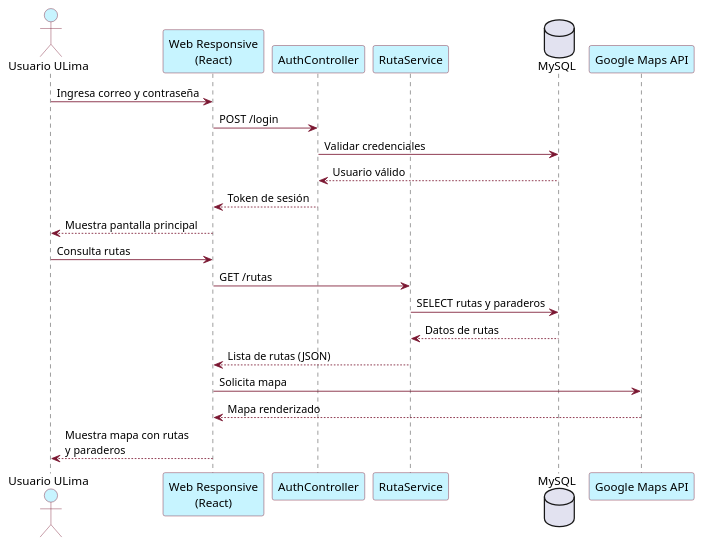
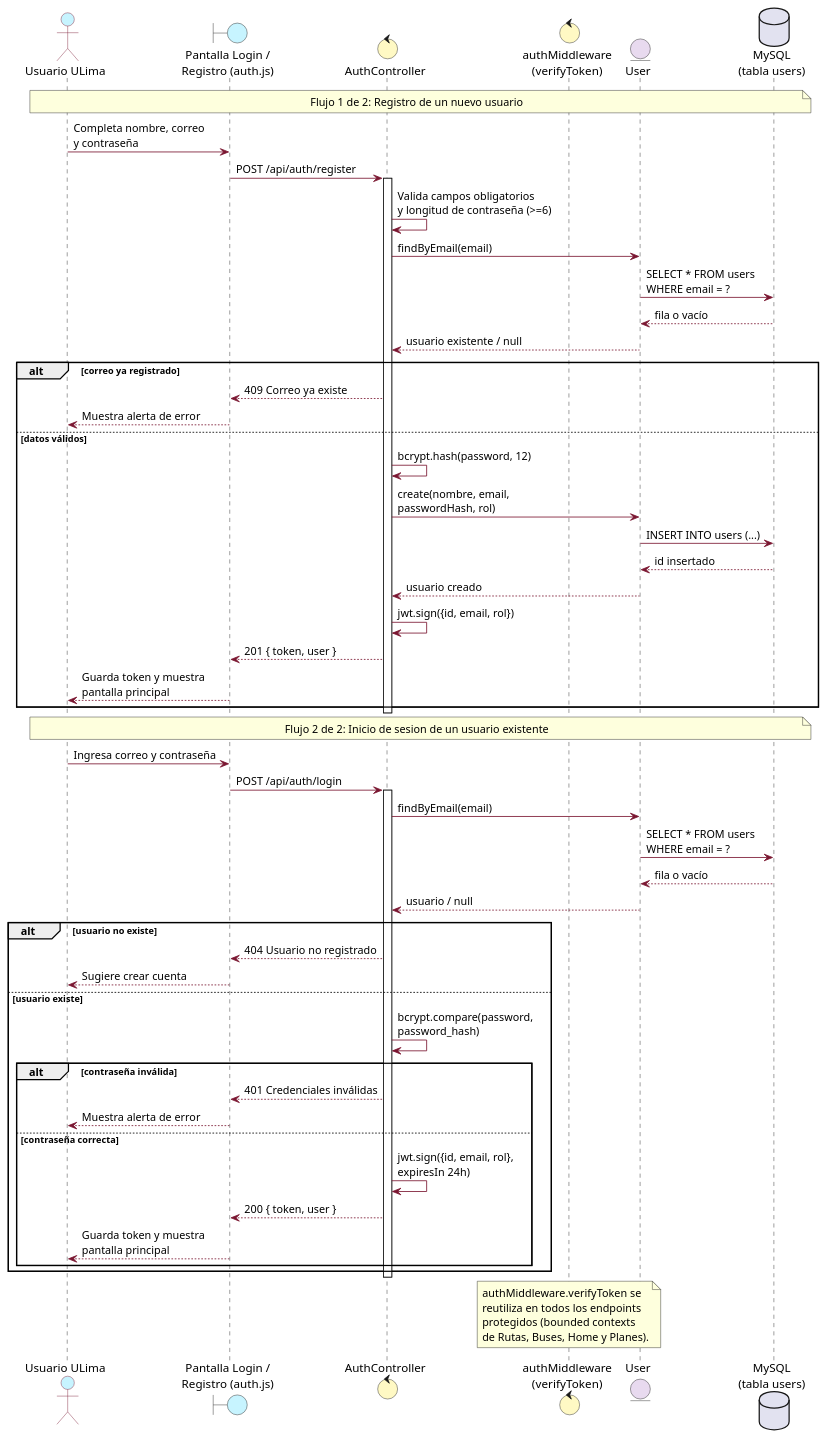
The diagram in secuencia/secuencia1.puml (AndreCabrejos/diagramas-uml), drawn with PlantUML before and after one commit. The commit also changed 14 other files, not shown here.

```diff
--- a/secuencia/secuencia1.puml
+++ b/secuencia/secuencia1.puml
@@ -1,31 +1,80 @@
-@startuml "BUC1 - Consultar Informacion de Viaje (Secuencia)"
+@startuml "Secuencia 1 - Registro e Inicio de Sesion (HU-01) - Analisis de Robustez"
 skinparam ParticipantBackgroundColor #C7F4FF
 skinparam ParticipantBorderColor #7A1631
 skinparam ActorBackgroundColor #C7F4FF
 skinparam ActorBorderColor #7A1631
 skinparam ArrowColor #7A1631
 skinparam LifeLineBorderColor #7A1631
+skinparam BoundaryBackgroundColor #C7F4FF
+skinparam ControlBackgroundColor #FFF9C4
+skinparam EntityBackgroundColor #E8DAEF
 
 actor "Usuario ULima" as U
-participant "Web Responsive\n(React)" as W
-participant "AuthController" as Auth
-participant "RutaService" as RS
-database "MySQL" as DB
-participant "Google Maps API" as Maps
 
-U -> W : Ingresa correo y contraseña
-W -> Auth : POST /login
-Auth -> DB : Validar credenciales
-DB --> Auth : Usuario válido
-Auth --> W : Token de sesión
-W --> U : Muestra pantalla principal
+boundary "Pantalla Login /\nRegistro (auth.js)" as UI
+control "AuthController" as CTRL
+control "authMiddleware\n(verifyToken)" as MW
+entity "User" as E_User
+database "MySQL\n(tabla users)" as DB
 
-U -> W : Consulta rutas
-W -> RS : GET /rutas
-RS -> DB : SELECT rutas y paraderos
-DB --> RS : Datos de rutas
-RS --> W : Lista de rutas (JSON)
-W -> Maps : Solicita mapa
-Maps --> W : Mapa renderizado
-W --> U : Muestra mapa con rutas\ny paraderos
+note over U, DB : Flujo 1 de 2: Registro de un nuevo usuario
+
+U -> UI : Completa nombre, correo\ny contraseña
+UI -> CTRL : POST /api/auth/register
+activate CTRL
+
+CTRL -> CTRL : Valida campos obligatorios\ny longitud de contraseña (>=6)
+CTRL -> E_User : findByEmail(email)
+E_User -> DB : SELECT * FROM users\nWHERE email = ?
+DB --> E_User : fila o vacío
+E_User --> CTRL : usuario existente / null
+
+alt correo ya registrado
+  CTRL --> UI : 409 Correo ya existe
+  UI --> U : Muestra alerta de error
+else datos válidos
+  CTRL -> CTRL : bcrypt.hash(password, 12)
+  CTRL -> E_User : create(nombre, email,\npasswordHash, rol)
+  E_User -> DB : INSERT INTO users (...)
+  DB --> E_User : id insertado
+  E_User --> CTRL : usuario creado
+  CTRL -> CTRL : jwt.sign({id, email, rol})
+  CTRL --> UI : 201 { token, user }
+  UI --> U : Guarda token y muestra\npantalla principal
+end
+deactivate CTRL
+
+note over U, DB : Flujo 2 de 2: Inicio de sesion de un usuario existente
+
+U -> UI : Ingresa correo y contraseña
+UI -> CTRL : POST /api/auth/login
+activate CTRL
+
+CTRL -> E_User : findByEmail(email)
+E_User -> DB : SELECT * FROM users\nWHERE email = ?
+DB --> E_User : fila o vacío
+E_User --> CTRL : usuario / null
+
+alt usuario no existe
+  CTRL --> UI : 404 Usuario no registrado
+  UI --> U : Sugiere crear cuenta
+else usuario existe
+  CTRL -> CTRL : bcrypt.compare(password,\npassword_hash)
+  alt contraseña inválida
+    CTRL --> UI : 401 Credenciales inválidas
+    UI --> U : Muestra alerta de error
+  else contraseña correcta
+    CTRL -> CTRL : jwt.sign({id, email, rol},\nexpiresIn 24h)
+    CTRL --> UI : 200 { token, user }
+    UI --> U : Guarda token y muestra\npantalla principal
+  end
+end
+deactivate CTRL
+
+note over MW
+  authMiddleware.verifyToken se
+  reutiliza en todos los endpoints
+  protegidos (bounded contexts
+  de Rutas, Buses, Home y Planes).
+end note
 @enduml
```
